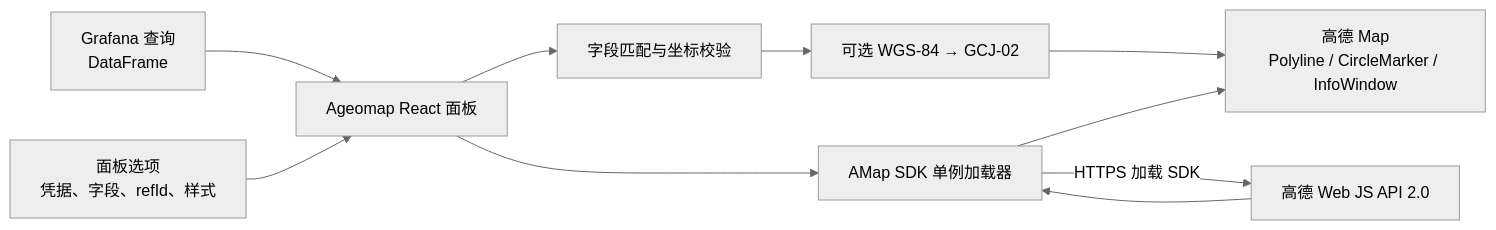
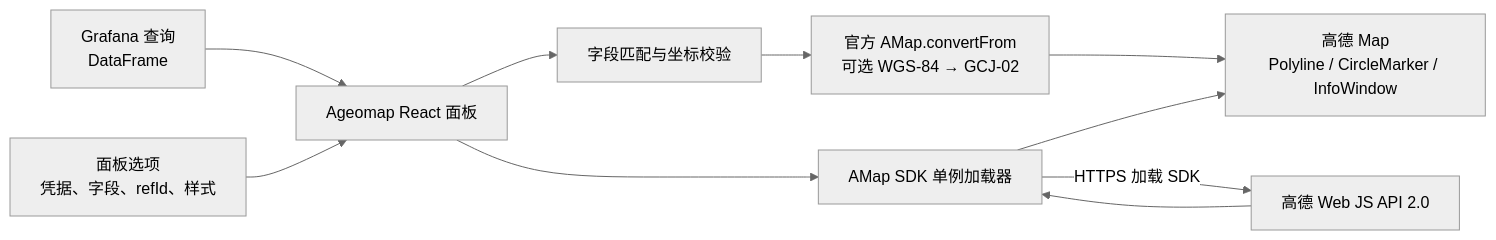
The diagram in docs/design.md (lizy14/ageomap), drawn with Mermaid (neutral theme) before and after one commit. The commit also changed other lines of this file and 15 other files, not shown here.

````diff
--- a/docs/design.md
+++ b/docs/design.md
@@ -24,18 +24,18 @@
 ```mermaid
 flowchart LR
     Q["Grafana 查询<br/>DataFrame"]
     O["面板选项<br/>凭据、字段、refId、样式"]
     P["Ageomap React 面板"]
     V["字段匹配与坐标校验"]
-    C["可选 WGS-84 → GCJ-02"]
+    C["官方 AMap.convertFrom<br/>可选 WGS-84 → GCJ-02"]
     L["AMap SDK 单例加载器"]
     M["高德 Map<br/>Polyline / CircleMarker / InfoWindow"]
     A["高德 Web JS API 2.0"]
 
     Q --> P
     O --> P
     P --> V --> C --> M
     P --> L
     L -->|"HTTPS 加载 SDK"| A
     A --> L --> M
 ```
````
